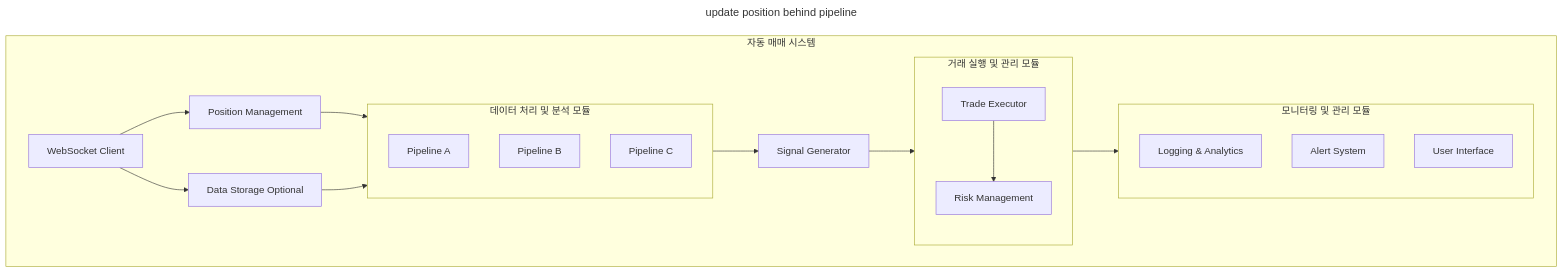
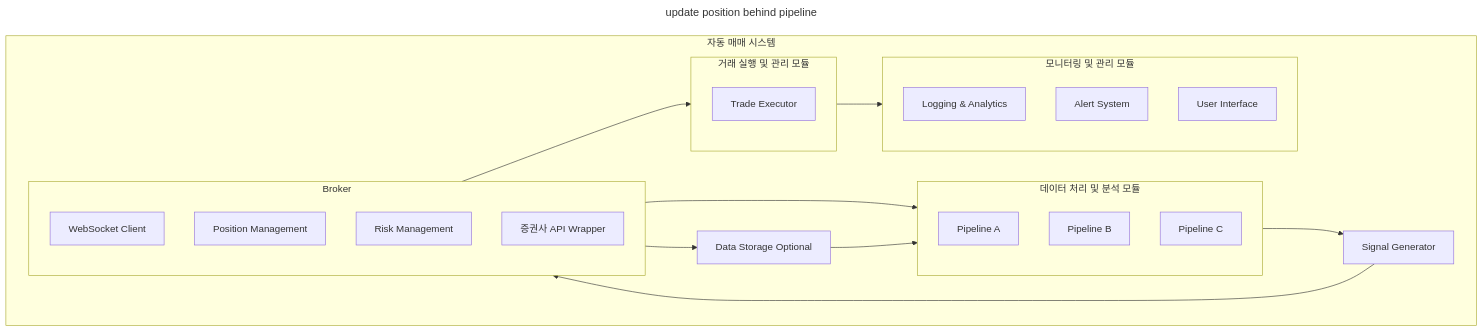
The diagram in README.md (gobenpark/watchman), drawn with Mermaid before and after one commit. The commit also changed other lines of this file and 13 other files, not shown here.

````diff
--- a/README.md
+++ b/README.md
@@ -53,28 +1,35 @@
 ```mermaid
 ---
 title: update position behind pipeline
 ---
 graph TD
     subgraph 자동 매매 시스템
-        A[WebSocket Client] --> B[Data Storage Optional]
-        A --> K[Position Management]
+        K[Broker]
+        K --> B[Data Storage Optional]
         K --> C[데이터 처리 및 분석 모듈]
         B --> C
         subgraph C[데이터 처리 및 분석 모듈]
             D[Pipeline A]
             F[Pipeline B]
             G[Pipeline C]
         end
         C --> E[Signal Generator]
-        E --> H[거래 실행 및 관리 모듈]
+        E --> K
+        subgraph K[Broker]
+            A[WebSocket Client]
+            K1[Position Management]
+            K2[Risk Management]
+            K3[증권사 API Wrapper]
+        end
+        K --> H[거래 실행 및 관리 모듈]
         subgraph H[거래 실행 및 관리 모듈]
-            I[Trade Executor] --> J[Risk Management]
+            I[Trade Executor]
         end
         H --> L[모니터링 및 관리 모듈]
         subgraph L[모니터링 및 관리 모듈]
             M[Logging & Analytics]
             N[Alert System]
             O[User Interface]
         end
     end
 ```
````
